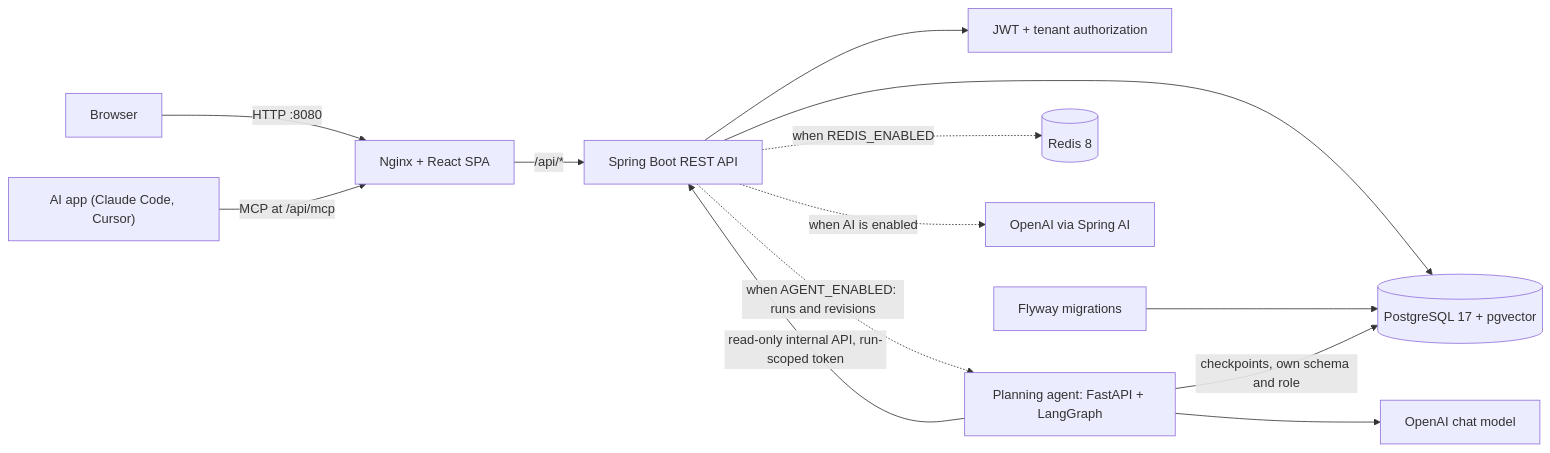
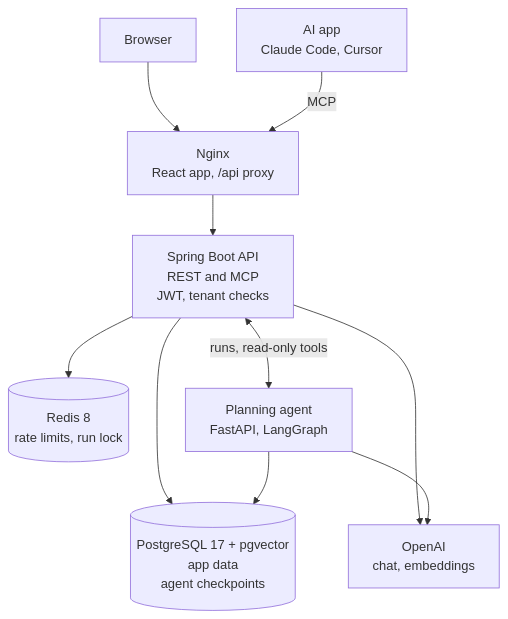
The diagram in README.md (vokyo/FlowAi), drawn with Mermaid before and after one commit. The commit also changed other lines of this file, not shown here.

Commit message:
docs: redraw the architecture diagram top to bottom
The left-to-right diagram was too wide for the README column, and its long
edge labels sat on the lines and were partly hidden. Boxes now say what
they hold, one label marks the backend and agent calling each other, and
the details the diagram dropped moved into the text below it.

````diff
--- a/README.md
+++ b/README.md
@@ -93,15 +93,21 @@
 ```mermaid
-flowchart LR
-    Browser["Browser"] -->|"HTTP :8080"| Nginx["Nginx + React SPA"]
-    AiApp["AI app (Claude Code, Cursor)"] -->|"MCP at /api/mcp"| Nginx
-    Nginx -->|"/api/*"| API["Spring Boot REST API"]
-    API --> Security["JWT + tenant authorization"]
-    API --> Database[("PostgreSQL 17 + pgvector")]
-    API -. "when REDIS_ENABLED" .-> Redis[("Redis 8")]
-    API -. "when AI is enabled" .-> Provider["OpenAI via Spring AI"]
-    API -. "when AGENT_ENABLED: runs and revisions" .-> Agent["Planning agent: FastAPI + LangGraph"]
-    Agent -->|"read-only internal API, run-scoped token"| API
-    Agent -->|"checkpoints, own schema and role"| Database
-    Agent --> Model["OpenAI chat model"]
-    Flyway["Flyway migrations"] --> Database
+flowchart TB
+    Browser["Browser"]
+    AiApp["AI app<br/>Claude Code, Cursor"]
+    Nginx["Nginx<br/>React app, /api proxy"]
+    API["Spring Boot API<br/>REST and MCP<br/>JWT, tenant checks"]
+    Redis[("Redis 8<br/>rate limits, run lock")]
+    Agent["Planning agent<br/>FastAPI, LangGraph"]
+    DB[("PostgreSQL 17 + pgvector<br/>app data<br/>agent checkpoints")]
+    OpenAI["OpenAI<br/>chat, embeddings"]
+
+    Browser --> Nginx
+    AiApp -->|MCP| Nginx
+    Nginx --> API
+    API --> Redis
+    API <-->|"runs, read-only tools"| Agent
+    API --> DB
+    API --> OpenAI
+    Agent --> DB
+    Agent --> OpenAI
 ```
````
